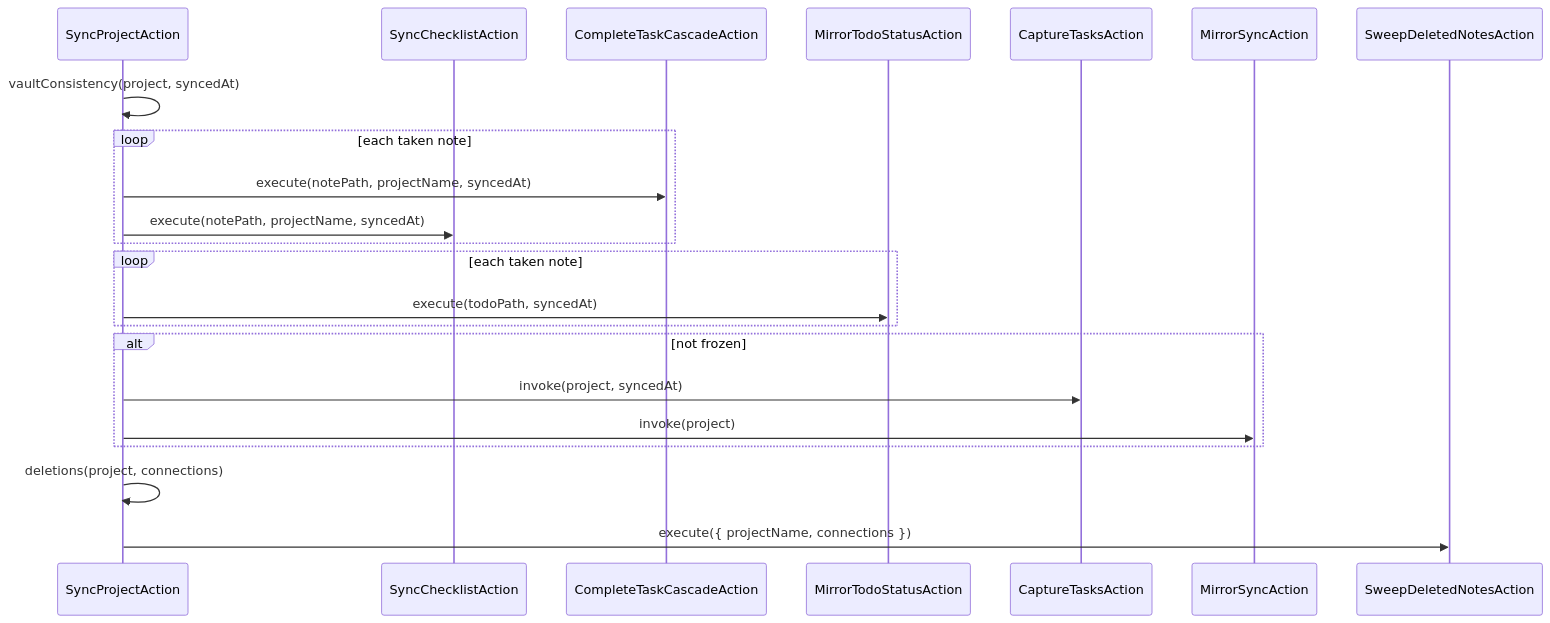
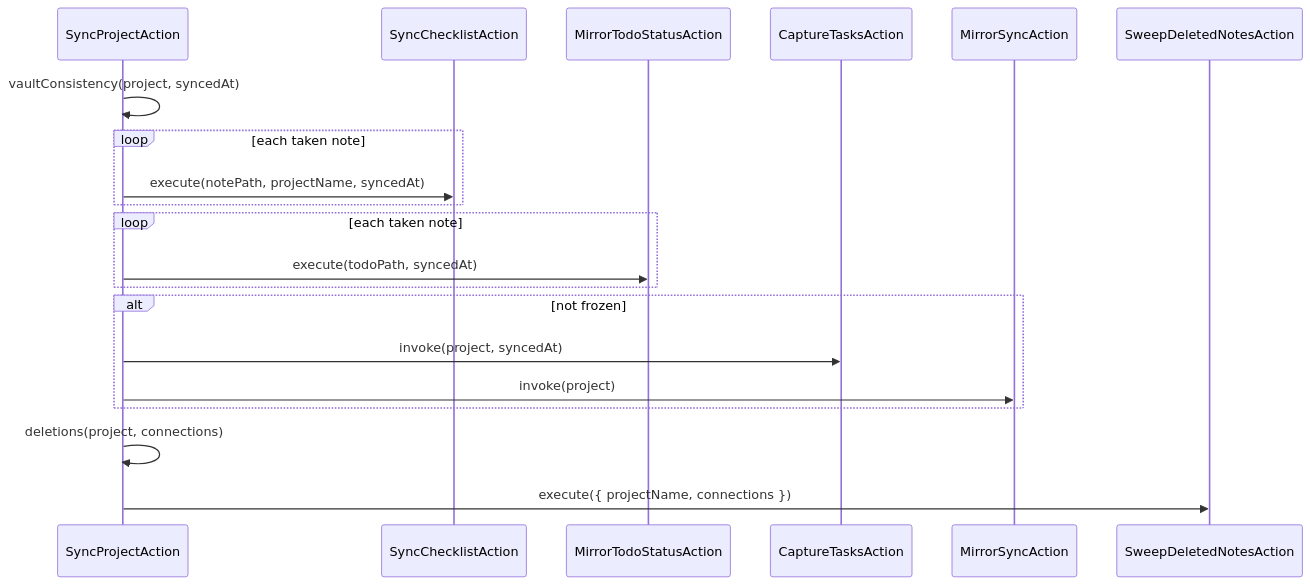
Before and after one commit to 99linesofcode/obsidian-project-management: the third of 16 diagrams in docs/developer-manual.md, drawn with Mermaid. The commit also changed other lines of this file and 16 other files, not shown here.

First line of the commit message:
refactor(cascade): retire the task-completion cascade (#199)

````diff
--- a/docs/developer-manual.md
+++ b/docs/developer-manual.md
@@ -223,25 +222,23 @@
 ```mermaid
 sequenceDiagram
   participant SP as SyncProjectAction
   participant Chk as SyncChecklistAction
-  participant Cas as CompleteTaskCascadeAction
   participant Mir as MirrorTodoStatusAction
   participant TC as CaptureTasksAction
   participant TF as MirrorSyncAction
   participant Sweep as SweepDeletedNotesAction
 
   SP->>SP: vaultConsistency(project, syncedAt)
   loop each taken note
-    SP->>Cas: execute(notePath, projectName, syncedAt)
     SP->>Chk: execute(notePath, projectName, syncedAt)
   end
   loop each taken note
     SP->>Mir: execute(todoPath, syncedAt)
   end
   alt not frozen
     SP->>TC: invoke(project, syncedAt)
     SP->>TF: invoke(project)
   end
   SP->>SP: deletions(project, connections)
   SP->>Sweep: execute({ projectName, connections })
 ```
````
